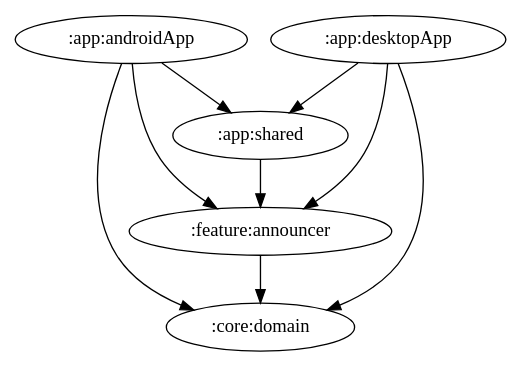
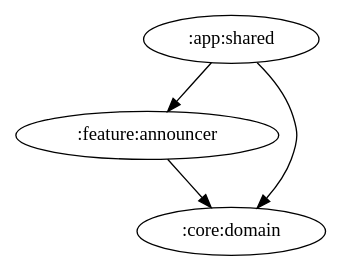
The diagram in docs/graphs/feature-announcer.gv (ai-kurou/KoDriver), drawn with Graphviz before and after one commit. The commit also changed 17 other files, not shown here.

Commit message:
chore: update module graph images [skip ci]

```diff
--- a/docs/graphs/feature-announcer.gv
+++ b/docs/graphs/feature-announcer.gv
@@ -1,10 +1,5 @@
 digraph G {
-  ":app:androidApp" -> ":app:shared"
-  ":app:androidApp" -> ":core:domain"
-  ":app:androidApp" -> ":feature:announcer"
-  ":app:desktopApp" -> ":app:shared"
-  ":app:desktopApp" -> ":core:domain"
-  ":app:desktopApp" -> ":feature:announcer"
   ":app:shared" -> ":feature:announcer"
+  ":app:shared" -> ":core:domain"
   ":feature:announcer" -> ":core:domain"
 }
```
